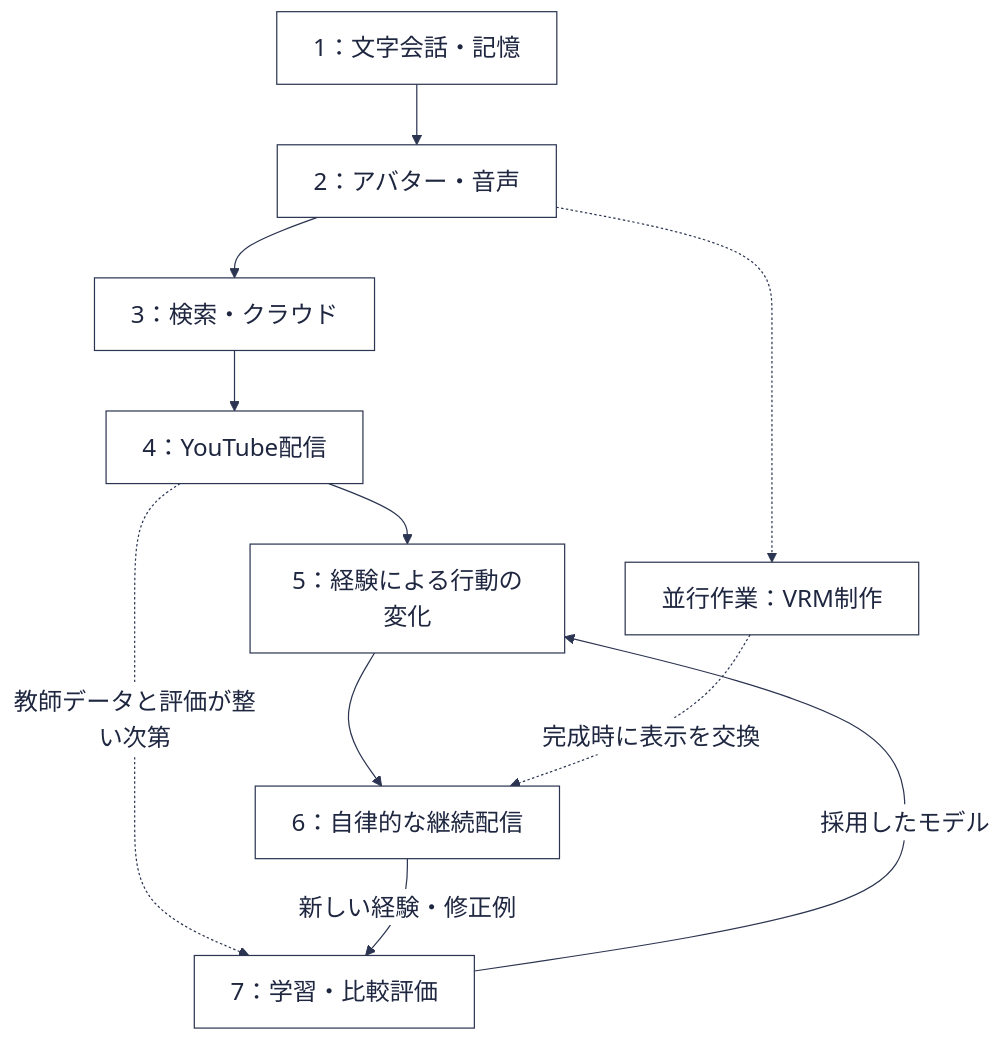
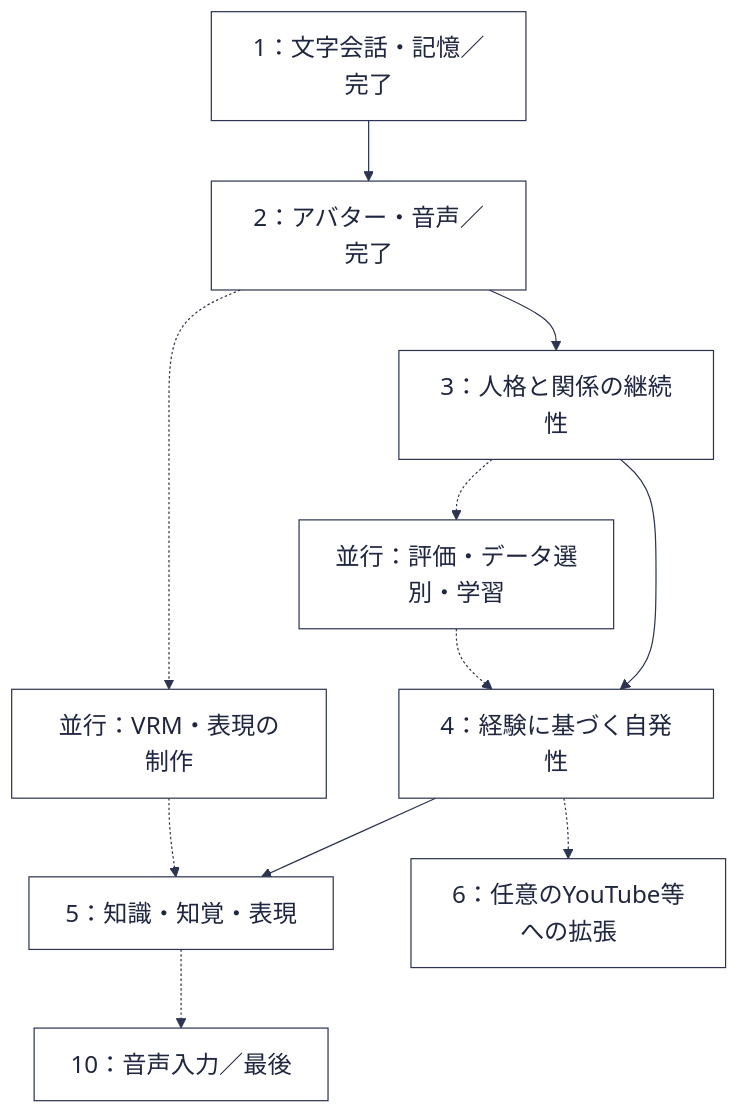
One commit to shiki-tak/YUI changed the diagram in docs/design/dev_flow.mmd. Above: the diagram before and after it, drawn with Mermaid. The commit also changed 6 other files, not shown here.

```diff
--- a/docs/design/dev_flow.mmd
+++ b/docs/design/dev_flow.mmd
@@ -1,34 +1,36 @@
 ---
 config:
   theme: base
   themeVariables:
     primaryColor: "#ffffff"
     primaryBorderColor: "#2b3450"
     primaryTextColor: "#1f2740"
     lineColor: "#2b3450"
     fontSize: 20px
 ---
-%% images/dev_flow.png の元データ。
+%% images/dev_flow.png の元データ。2026-09-07 のフェーズ再編に合わせて更新した。
+%% 設計書本文は mermaid を直接埋め込んでいる。図を貼り直す場合だけ再生成する。
 %% 更新するには次を実行する:
 %%   npx -y @mermaid-js/mermaid-cli -i docs/design/dev_flow.mmd \
 %%       -o images/dev_flow.png -b white -s 3
 flowchart TD
-    P1["1：文字会話・記憶"]
-    P2["2：アバター・音声"]
-    P3["3：検索・クラウド"]
-    P4["4：YouTube配信"]
-    P5["5：経験による行動の変化"]
-    P6["6：自律的な継続配信"]
-    P7["7：学習・比較評価"]
-    VRM["並行作業：VRM制作"]
+    P1["1：文字会話・記憶／完了"]
+    P2["2：アバター・音声／完了"]
+    P3["3：人格と関係の継続性"]
+    P4["4：経験に基づく自発性"]
+    P5["5：知識・知覚・表現"]
+    P6["6：任意のYouTube等への拡張"]
+    P10["10：音声入力／最後"]
+    E["並行：評価・データ選別・学習"]
+    V["並行：VRM・表現の制作"]
 
     P1 --> P2
     P2 --> P3
-    P2 -.-> VRM
     P3 --> P4
     P4 --> P5
-    P4 -. "教師データと評価が整い次第" .-> P7
-    P5 --> P6
-    VRM -. "完成時に表示を交換" .-> P6
-    P6 -- "新しい経験・修正例" --> P7
-    P7 -- "採用したモデル" --> P5
+    P4 -.-> P6
+    P3 -.-> E
+    E -.-> P4
+    P2 -.-> V
+    V -.-> P5
+    P5 -.-> P10
```
